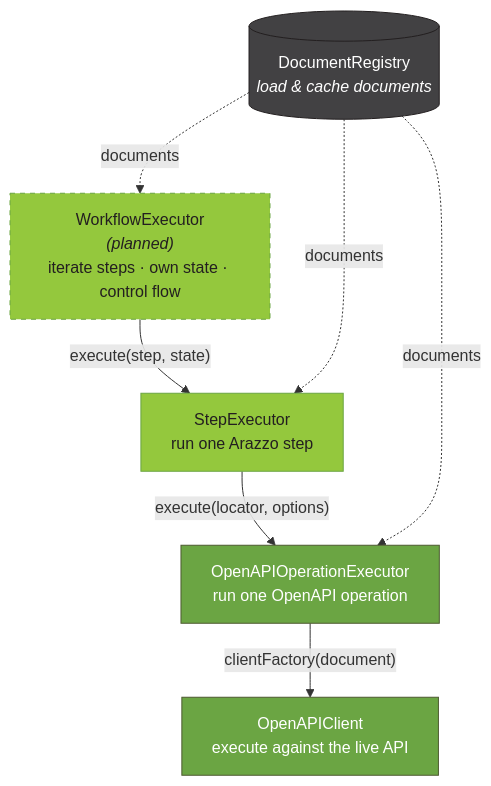
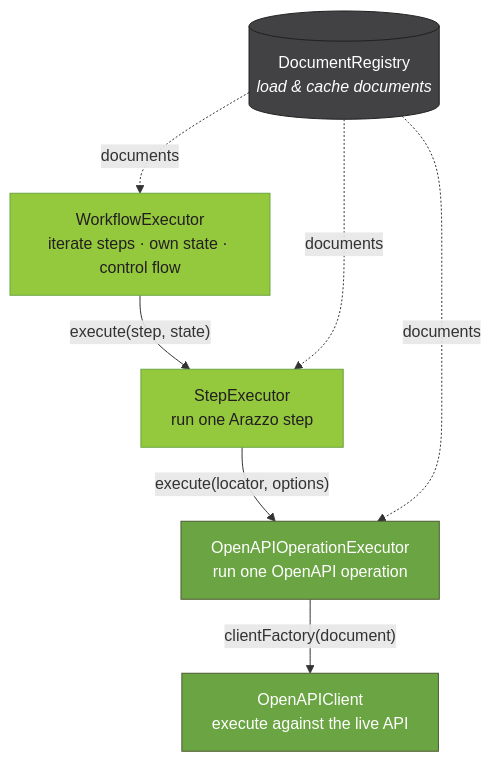
One commit to jentic/jentic-arazzo-tools changed the diagram in packages/jentic-arazzo-runner/README.md. Above: the diagram before and after it, drawn with Mermaid. The commit also changed other lines of this file, not shown here.

Commit message:
docs(runner): show WorkflowExecutor as part of the final architecture

````diff
--- a/packages/jentic-arazzo-runner/README.md
+++ b/packages/jentic-arazzo-runner/README.md
@@ -34,28 +34,26 @@
 ```mermaid
 flowchart TD
     Registry[("DocumentRegistry<br/><i>load & cache documents</i>")]
 
-    WF["WorkflowExecutor<br/><i>(planned)</i><br/>iterate steps · own state · control flow"]
+    WF["WorkflowExecutor<br/>iterate steps · own state · control flow"]
     Step["StepExecutor<br/>run one Arazzo step"]
     Op["OpenAPIOperationExecutor<br/>run one OpenAPI operation"]
     Client["OpenAPIClient<br/>execute against the live API"]
 
     WF -->|"execute(step, state)"| Step
     Step -->|"execute(locator, options)"| Op
     Op -->|"clientFactory(document)"| Client
 
     Registry -.->|documents| WF
     Registry -.->|documents| Step
     Registry -.->|documents| Op
 
     %% brand colors: Arazzo green, OpenAPI green, neutral registry grey
     classDef arazzo fill:#94C83D,stroke:#6BA543,stroke-width:1px,color:#231F20;
     classDef openapi fill:#6BA543,stroke:#4D5A31,color:#fff;
     classDef neutral fill:#424143,stroke:#231F20,color:#fff;
-    classDef planned stroke-dasharray: 5 5;
 
     class WF,Step arazzo;
     class Op,Client openapi;
     class Registry neutral;
-    class WF planned;
 ```
````
